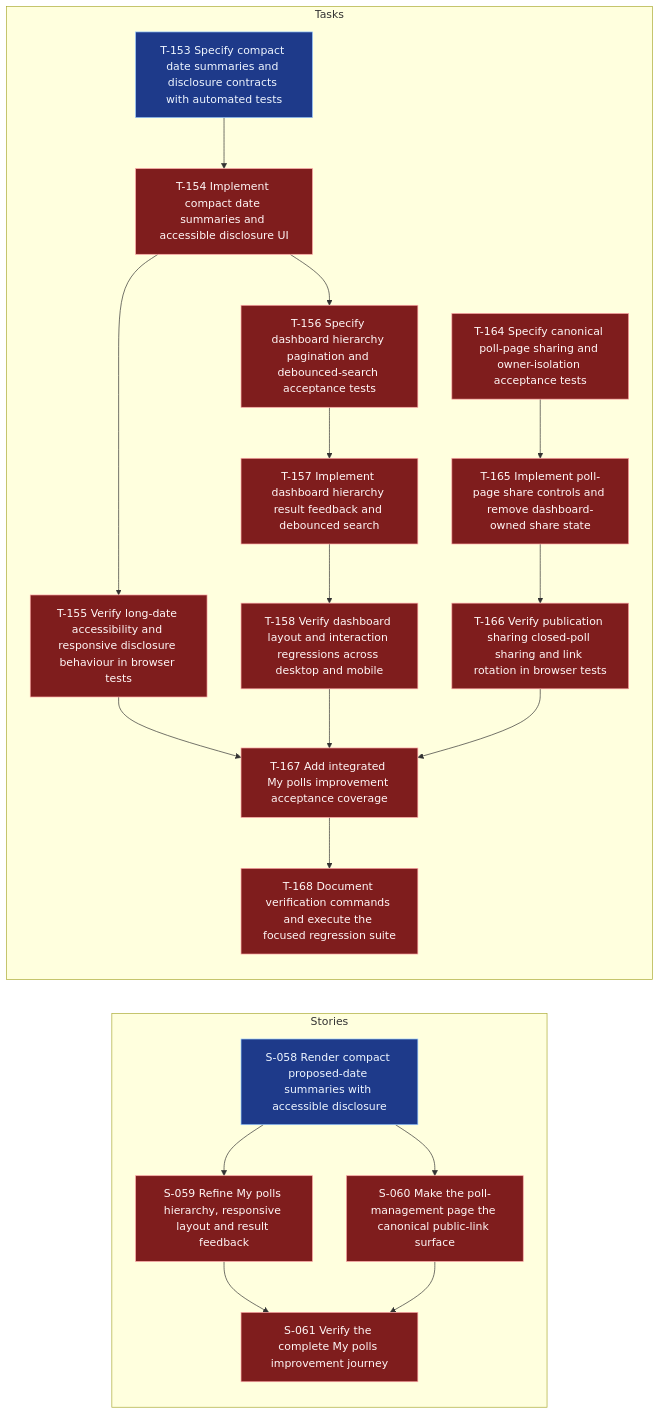
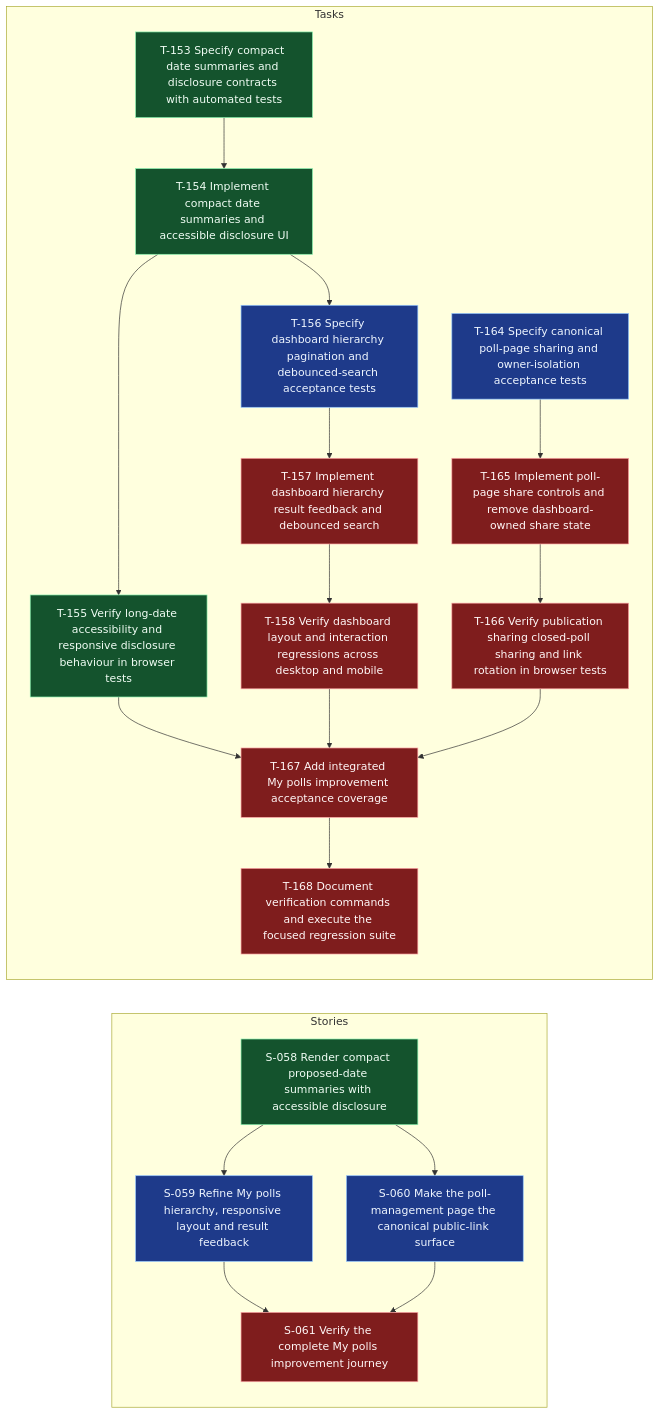
The diagram in .worktracker/graphs/E-016.mmd (andybalham/invite-agent), drawn with Mermaid before and after one commit. The commit also changed 20 other files, not shown here.

First line of the commit message:
feat: implement compact date summary for polls

```diff
--- a/.worktracker/graphs/E-016.mmd
+++ b/.worktracker/graphs/E-016.mmd
@@ -1,55 +1,55 @@
 graph LR
   classDef done fill:#14532d,stroke:#86efac,color:#f0fdf4;
   classDef blocked fill:#7f1d1d,stroke:#fca5a5,color:#fff7f7;
   classDef inprogress fill:#78350f,stroke:#fbbf24,color:#fffbeb;
   classDef todo fill:#1e3a8a,stroke:#93c5fd,color:#eff6ff;
   classDef empty fill:#374151,stroke:#d1d5db,color:#f9fafb,stroke-dasharray: 3 3;
   subgraph Stories
-    S058["S-058 Render compact proposed-date summaries with accessible disclosure"]:::todo
-    S059["S-059 Refine My polls hierarchy, responsive layout and result feedback"]:::blocked
-    S060["S-060 Make the poll-management page the canonical public-link surface"]:::blocked
+    S058["S-058 Render compact proposed-date summaries with accessible disclosure"]:::done
+    S059["S-059 Refine My polls hierarchy, responsive layout and result feedback"]:::todo
+    S060["S-060 Make the poll-management page the canonical public-link surface"]:::todo
     S061["S-061 Verify the complete My polls improvement journey"]:::blocked
     S058 --> S059
     S058 --> S060
     S059 --> S061
     S060 --> S061
   end
   subgraph Tasks
-    T153["T-153 Specify compact date summaries and disclosure contracts with automated tests"]:::todo
-    T154["T-154 Implement compact date summaries and accessible disclosure UI"]:::blocked
-    T155["T-155 Verify long-date accessibility and responsive disclosure behaviour in browser tests"]:::blocked
-    T156["T-156 Specify dashboard hierarchy pagination and debounced-search acceptance tests"]:::blocked
+    T153["T-153 Specify compact date summaries and disclosure contracts with automated tests"]:::done
+    T154["T-154 Implement compact date summaries and accessible disclosure UI"]:::done
+    T155["T-155 Verify long-date accessibility and responsive disclosure behaviour in browser tests"]:::done
+    T156["T-156 Specify dashboard hierarchy pagination and debounced-search acceptance tests"]:::todo
     T157["T-157 Implement dashboard hierarchy result feedback and debounced search"]:::blocked
     T158["T-158 Verify dashboard layout and interaction regressions across desktop and mobile"]:::blocked
-    T164["T-164 Specify canonical poll-page sharing and owner-isolation acceptance tests"]:::blocked
+    T164["T-164 Specify canonical poll-page sharing and owner-isolation acceptance tests"]:::todo
     T165["T-165 Implement poll-page share controls and remove dashboard-owned share state"]:::blocked
     T166["T-166 Verify publication sharing closed-poll sharing and link rotation in browser tests"]:::blocked
     T167["T-167 Add integrated My polls improvement acceptance coverage"]:::blocked
     T168["T-168 Document verification commands and execute the focused regression suite"]:::blocked
     T153 --> T154
     T154 --> T155
     T154 --> T156
     T155 --> T167
     T156 --> T157
     T157 --> T158
     T158 --> T167
     T164 --> T165
     T165 --> T166
     T166 --> T167
     T167 --> T168
   end
   click S058 "../entities/S-058-render-compact-proposed-date-summaries-with-accessible-disclosure.md"
   click S059 "../entities/S-059-refine-my-polls-hierarchy-responsive-layout-and-result-feedback.md"
   click S060 "../entities/S-060-make-the-poll-management-page-the-canonical-public-link-surface.md"
   click S061 "../entities/S-061-verify-the-complete-my-polls-improvement-journey.md"
   click T153 "../entities/T-153-specify-compact-date-summaries-and-disclosure-contracts-with-automated-tests.md"
   click T154 "../entities/T-154-implement-compact-date-summaries-and-accessible-disclosure-ui.md"
   click T155 "../entities/T-155-verify-long-date-accessibility-and-responsive-disclosure-behaviour-in-browser-tests.md"
   click T156 "../entities/T-156-specify-dashboard-hierarchy-pagination-and-debounced-search-acceptance-tests.md"
   click T157 "../entities/T-157-implement-dashboard-hierarchy-result-feedback-and-debounced-search.md"
   click T158 "../entities/T-158-verify-dashboard-layout-and-interaction-regressions-across-desktop-and-mobile.md"
   click T164 "../entities/T-164-specify-canonical-poll-page-sharing-and-owner-isolation-acceptance-tests.md"
   click T165 "../entities/T-165-implement-poll-page-share-controls-and-remove-dashboard-owned-share-state.md"
   click T166 "../entities/T-166-verify-publication-sharing-closed-poll-sharing-and-link-rotation-in-browser-tests.md"
   click T167 "../entities/T-167-add-integrated-my-polls-improvement-acceptance-coverage.md"
   click T168 "../entities/T-168-document-verification-commands-and-execute-the-focused-regression-suite.md"
```
